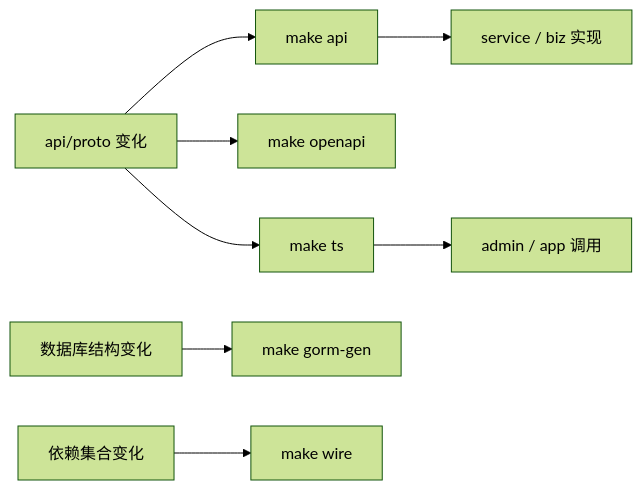
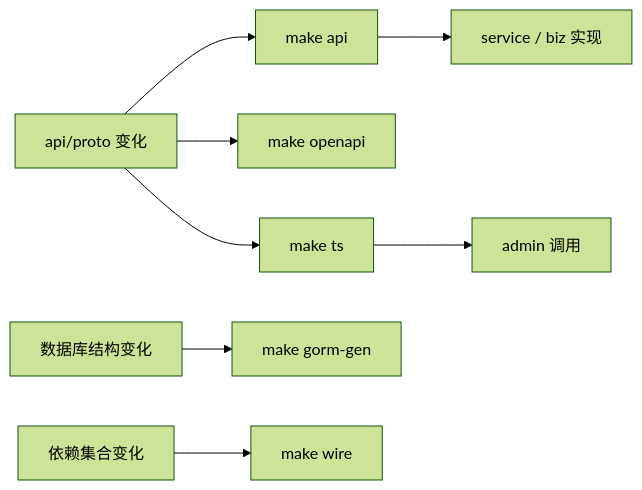
Before and after one commit to liujitcn/shop: the second of 2 diagrams in docs/后端服务设计.md, drawn with Mermaid (forest theme). The commit also changed other lines of this file and 872 other files, not shown here.

````diff
--- a/docs/后端服务设计.md
+++ b/docs/后端服务设计.md
@@ -45,10 +42,10 @@
 ```mermaid
 flowchart LR
   Proto["api/proto 变化"] --> API["make api"]
   Proto --> OpenAPI["make openapi"]
   Proto --> TS["make ts"]
   Schema["数据库结构变化"] --> Gorm["make gorm-gen"]
   Wiring["依赖集合变化"] --> Wire["make wire"]
   API --> Service["service / biz 实现"]
-  TS --> Frontend["admin / app 调用"]
+  TS --> Frontend["admin 调用"]
 ```
````
